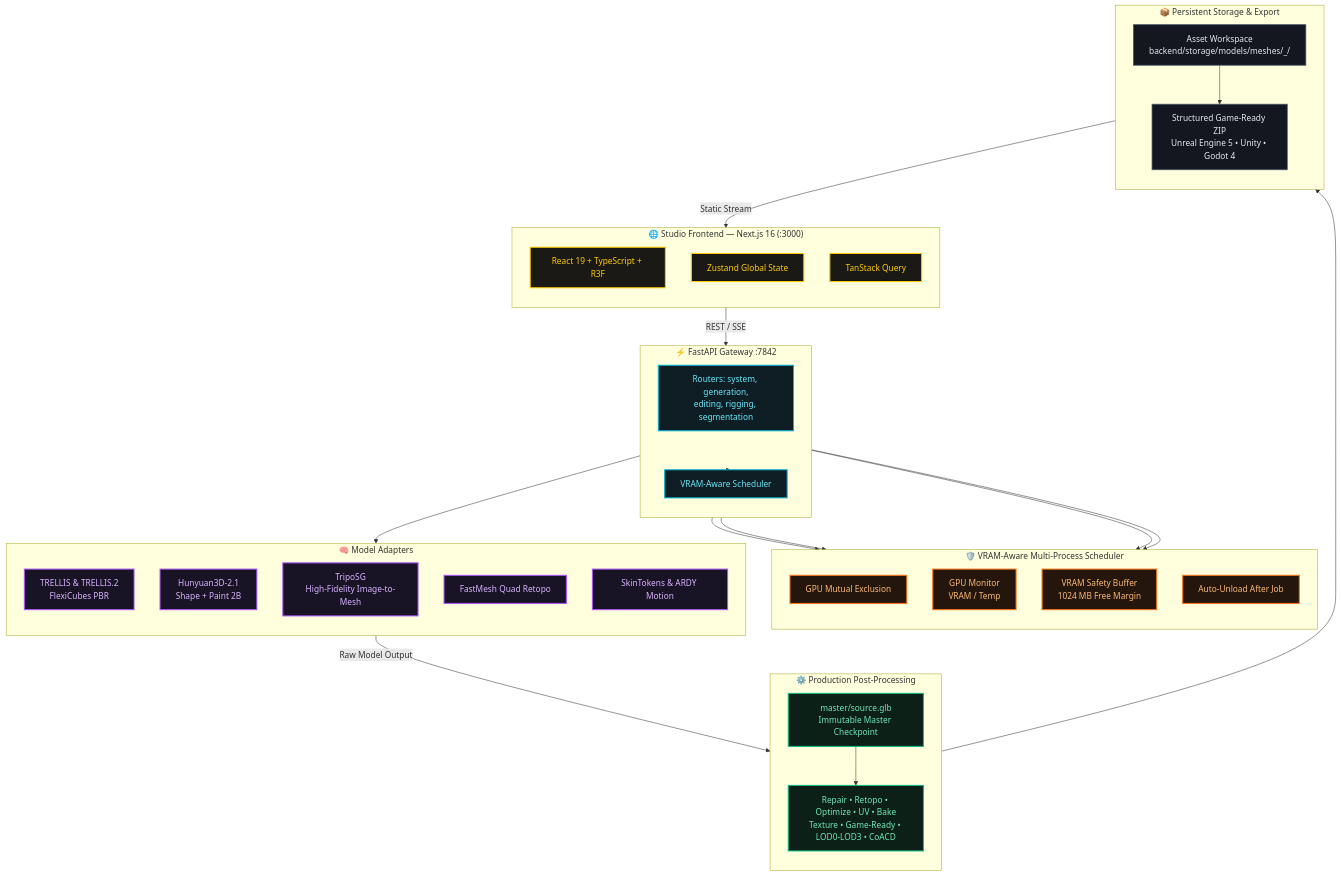
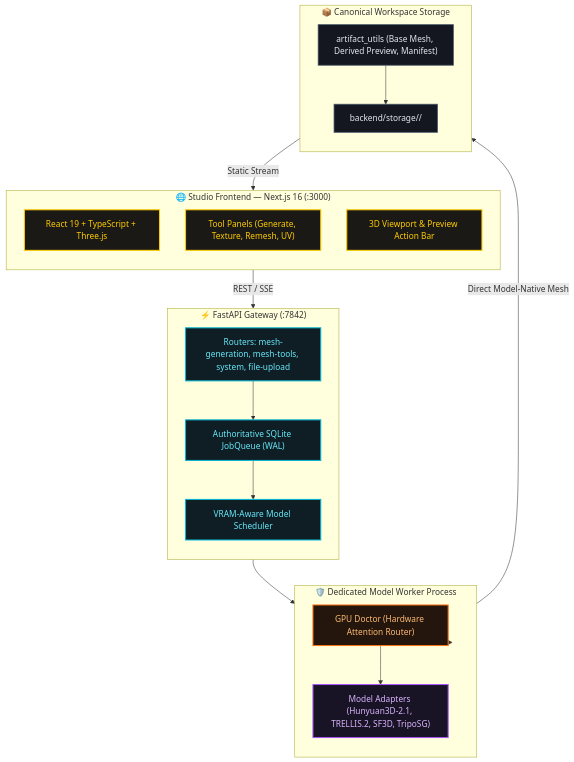
The first of 2 diagrams in Docs/SYSTEM-BLUEPRINT.md (Silentzx2/ForMesh3D), drawn with Mermaid before and after one commit. The commit also changed other lines of this file and 108 other files, not shown here.

````diff
--- a/Docs/SYSTEM-BLUEPRINT.md
+++ b/Docs/SYSTEM-BLUEPRINT.md
@@ -72,64 +26,44 @@
 ```mermaid
 graph TD
     classDef gold fill:#1a1915,stroke:#ffcc00,stroke-width:2px,color:#ffcc00;
     classDef cyan fill:#0f1d24,stroke:#06b6d4,stroke-width:2px,color:#67e8f9;
     classDef purple fill:#191326,stroke:#a855f7,stroke-width:2px,color:#d8b4fe;
-    classDef green fill:#0d2018,stroke:#10b981,stroke-width:2px,color:#6ee7b7;
+    classDef slate fill:#14171f,stroke:#475569,stroke-width:1.5px,color:#e2e8f0;
     classDef orange fill:#24160c,stroke:#f97316,stroke-width:2px,color:#fdba74;
-    classDef slate fill:#14171f,stroke:#475569,stroke-width:1.5px,color:#e2e8f0;
 
     subgraph Client["🌐 Studio Frontend — Next.js 16 (:3000)"]
         direction TB
-        UI["React 19 + TypeScript + R3F"]:::gold
-        STATE["Zustand Global State"]:::gold
-        QUERY["TanStack Query"]:::gold
+        UI["React 19 + TypeScript + Three.js"]:::gold
+        PANELS["Tool Panels (Generate, Texture, Remesh, UV)"]:::gold
+        VIEWPORT["3D Viewport & Preview Action Bar"]:::gold
     end
 
-    subgraph Gateway["⚡ FastAPI Gateway :7842"]
+    subgraph Gateway["⚡ FastAPI Gateway (:7842)"]
         direction TB
-        API["Routers: system, generation,<br/>editing, rigging, segmentation"]:::cyan
-        SCHED["VRAM-Aware Scheduler"]:::cyan
+        ROUTER["Routers: mesh-generation, mesh-tools, system, file-upload"]:::cyan
+        QUEUE["Authoritative SQLite JobQueue (WAL)"]:::cyan
+        SCHED["VRAM-Aware Model Scheduler"]:::cyan
     end
 
-    subgraph S["🛡️ VRAM-Aware Multi-Process Scheduler"]
+    subgraph Worker["🛡️ Dedicated Model Worker Process"]
         direction TB
-        GPU_LOCK["GPU Mutual Exclusion"]:::orange
-        MONITOR["GPU Monitor<br/>VRAM / Temp"]:::orange
-        SAFETY["VRAM Safety Buffer<br/>1024 MB Free Margin"]:::orange
-        AUTO_UNLOAD["Auto-Unload After Job"]:::orange
+        DOCTOR["GPU Doctor (Hardware Attention Router)"]:::orange
+        ADAPTERS["Model Adapters (Hunyuan3D-2.1, TRELLIS.2, SF3D, TripoSG)"]:::purple
     end
 
-    subgraph Adapters["🧠 Model Adapters"]
+    subgraph Storage["📦 Canonical Workspace Storage"]
         direction TB
-        TRELLIS["TRELLIS & TRELLIS.2<br/>FlexiCubes PBR"]:::purple
-        HUNY["Hunyuan3D-2.1<br/>Shape + Paint 2B"]:::purple
-        TRIPO["TripoSG<br/>High-Fidelity Image-to-Mesh"]:::purple
-        FM["FastMesh Quad Retopo"]:::purple
-        UR["SkinTokens & ARDY Motion"]:::purple
+        WORKSPACE["backend/storage/<workspace_id>/"]:::slate
+        ARTIFACTS["artifact_utils (Base Mesh, Derived Preview, Manifest)"]:::slate
     end
 
-    subgraph PostProcess["⚙️ Production Post-Processing"]
-        direction TB
-        CHECK["master/source.glb<br/>Immutable Master Checkpoint"]:::green
-        FINISH["Repair • Retopo • Optimize • UV • Bake<br/>Texture • Game-Ready • LOD0-LOD3 • CoACD"]:::green
-    end
-
-    subgraph Storage["📦 Persistent Storage & Export"]
-        direction TB
-        LOCAL["Asset Workspace<br/>backend/storage/models/meshes/<asset>_<job_id>/"]:::slate
-        ZIP["Structured Game-Ready ZIP<br/>Unreal Engine 5 • Unity • Godot 4"]:::slate
-    end
-
-    Client -- "REST / SSE" --> Gateway
-    Gateway --> SCHED
-    SCHED --> GPU_LOCK
-    SCHED --> MONITOR
-    SCHED --> SAFETY
-    SCHED --> AUTO_UNLOAD
-    SCHED --> Adapters
-    Adapters -->|Raw Model Output| CHECK
-    CHECK --> FINISH
-    FINISH --> LOCAL
-    LOCAL --> ZIP
-    LOCAL -- "Static Stream" --> Client
+    Client -- "REST / SSE" --> ROUTER
+    ROUTER --> QUEUE
+    QUEUE --> SCHED
+    SCHED --> Worker
+    Worker --> DOCTOR
+    DOCTOR --> ADAPTERS
+    ADAPTERS -->|Direct Model-Native Mesh| ARTIFACTS
+    ARTIFACTS --> WORKSPACE
+    WORKSPACE -- "Static Stream" --> Client
 ```
````
